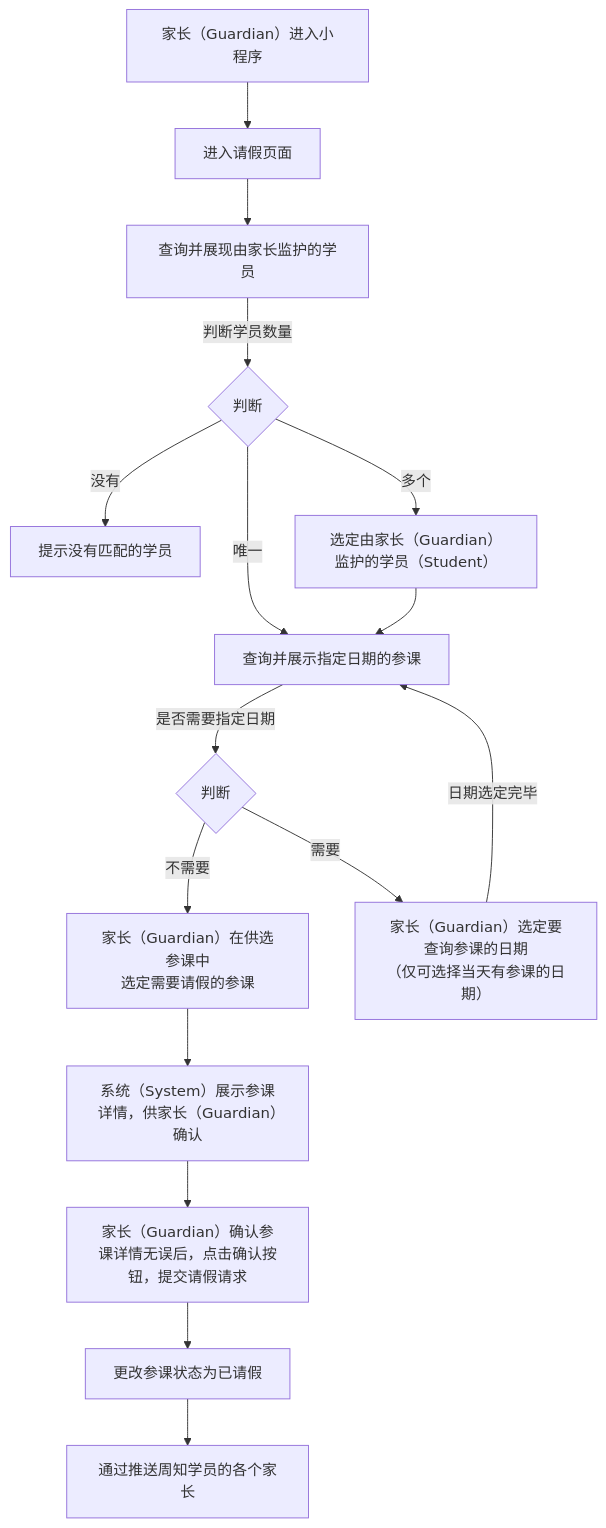
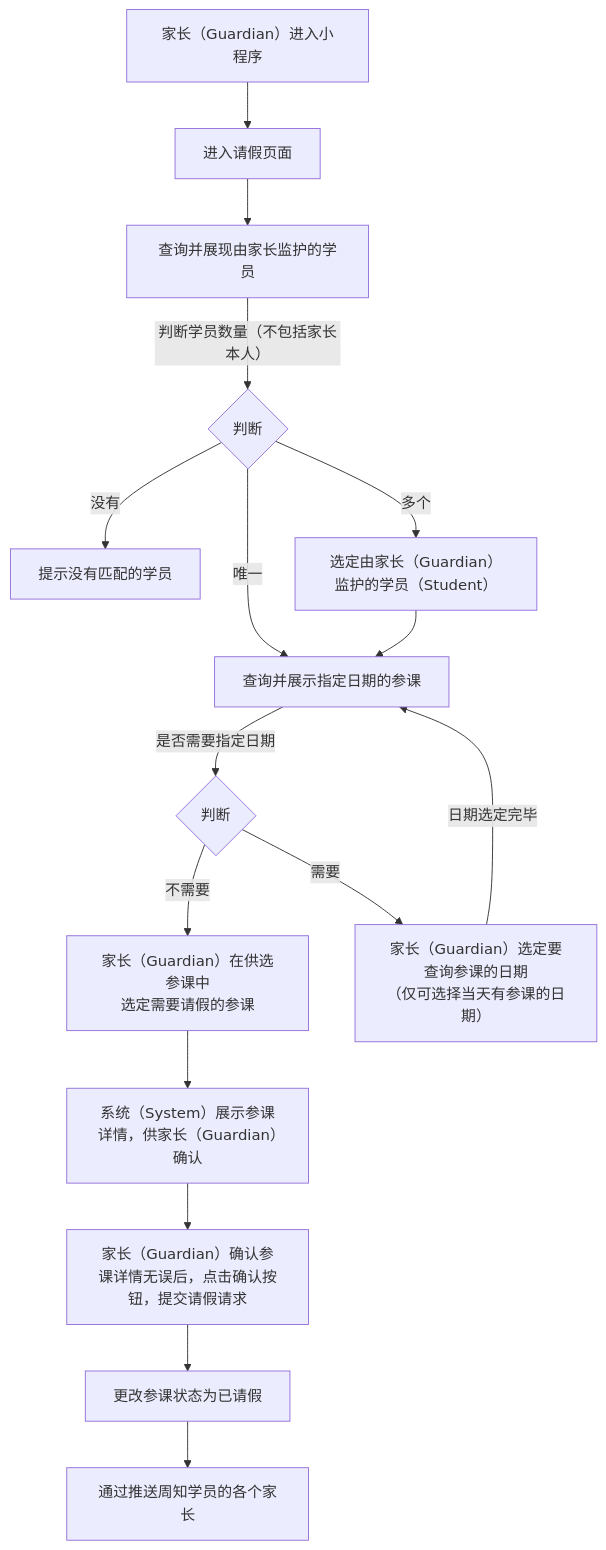
Before and after one commit to world-wide-web/sign: the first of 2 diagrams in 用例/请假.md, drawn with Mermaid. The commit also changed other lines of this file, not shown here.

````diff
--- a/用例/请假.md
+++ b/用例/请假.md
@@ -7,50 +7,50 @@
 ```mermaid
 graph TD
 
 进入小程序-->进入请假页面
 
 进入请假页面-->查询并展现由家长监护的学员
 
-查询并展现由家长监护的学员--判断学员数量-->判断学员数量
+查询并展现由家长监护的学员--判断学员数量（不包括家长本人）-->判断学员数量
 
 判断学员数量--没有-->提示没有匹配的学员
 
 判断学员数量--唯一-->查询并展示指定日期的参课
 
 判断学员数量--多个-->选定学员
 
 选定学员-->查询并展示指定日期的参课
 
 查询并展示指定日期的参课--是否需要指定日期-->决定是否需要指定日期
 
 决定是否需要指定日期--不需要-->选定参课
 
 决定是否需要指定日期--需要-->选定日期
 
 选定日期--日期选定完毕-->查询并展示指定日期的参课
 
 选定参课-->展示参课详情
 
 展示参课详情-->提交请假请求
 
 提交请假请求-->更改参课状态为已请假
 
 更改参课状态为已请假-->通过推送周知学员的各个家长
 
 进入小程序["<center>家长（Guardian）进入小程序</center>"]
 
 判断学员数量{"<center>判断</center>"}
 
 选定学员["<center>选定由家长（Guardian）监护的学员（Student）</center>"]
 
 决定是否需要指定日期{"<center>判断</center>"}
 
 选定日期["<center>家长（Guardian）选定要查询参课的日期<br>（仅可选择当天有参课的日期）</center>"]
 
 选定参课["<center>家长（Guardian）在供选参课中<br>选定需要请假的参课</center>"]
 
 展示参课详情["<center>系统（System）展示参课详情，供家长（Guardian）确认</center>"]
 
 提交请假请求["<center>家长（Guardian）确认参课详情无误后，点击确认按钮，提交请假请求</center>"]
 
 ```
````
